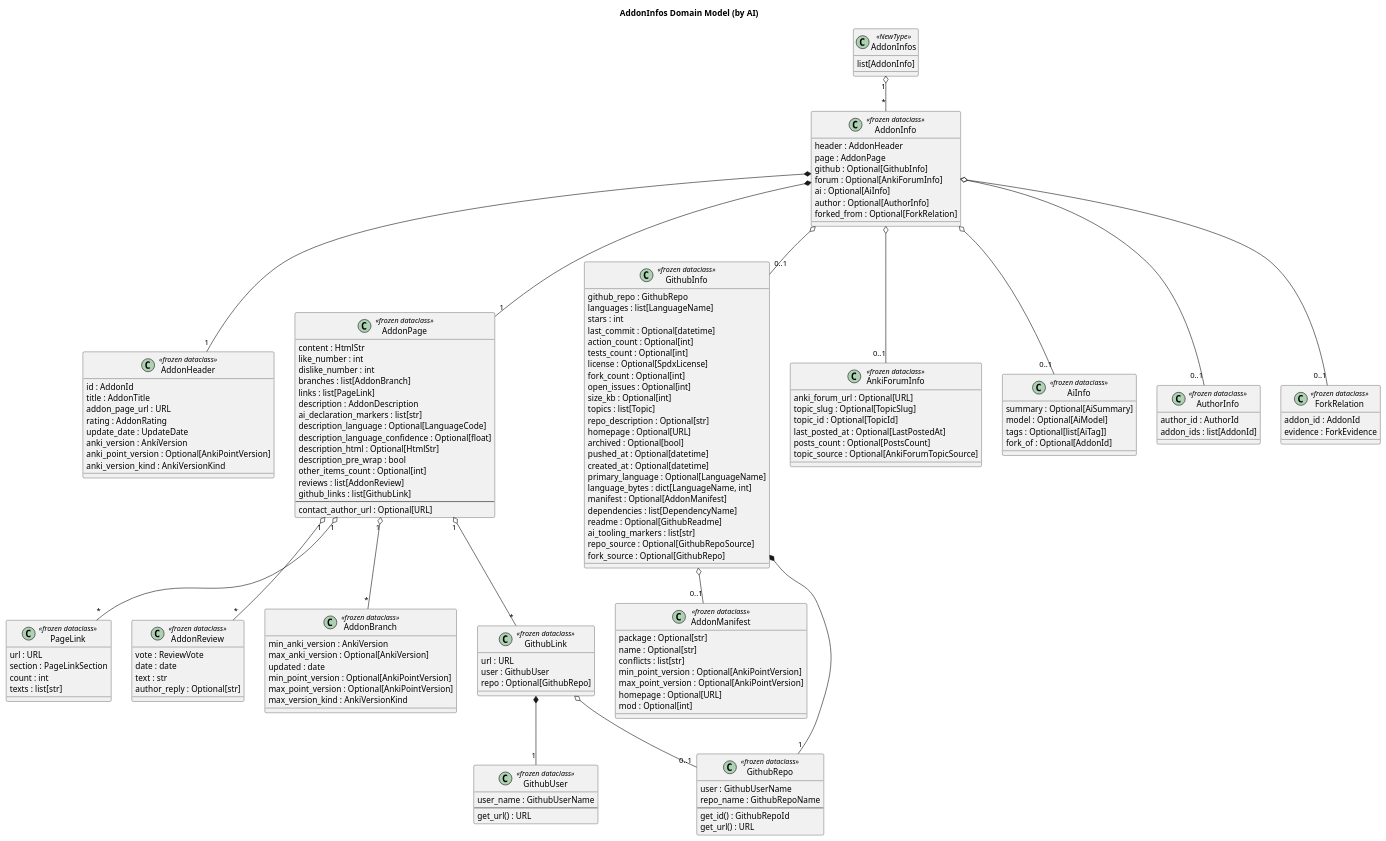
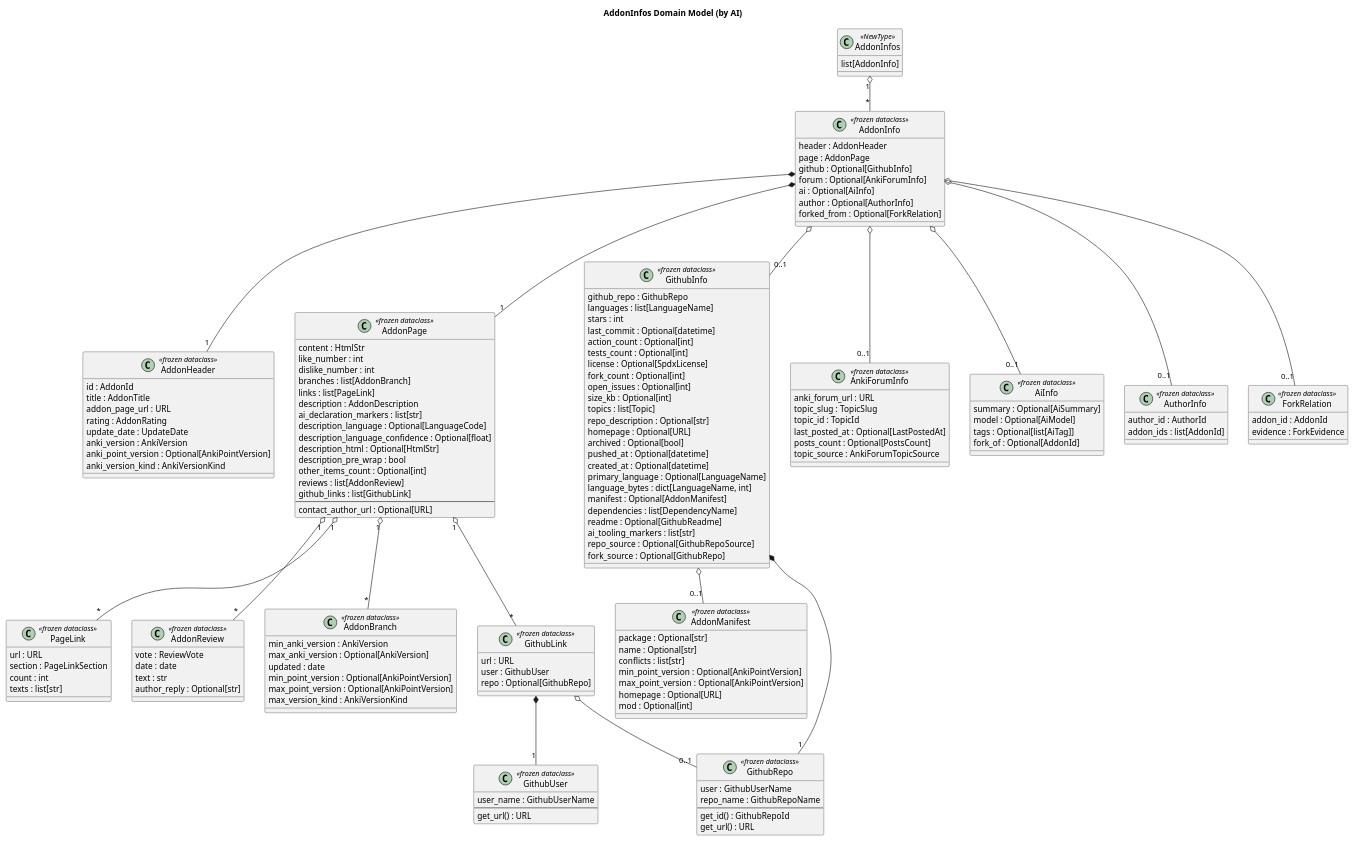
Before and after one commit to Aleks-Ya/anki-addons-dataset: the diagram in doc/uml/ai/class-addon-infos.puml, drawn with PlantUML. The commit also changed 21 other files, not shown here.

Commit message:
AnkiForumInfo is nullable

```diff
--- a/doc/uml/ai/class-addon-infos.puml
+++ b/doc/uml/ai/class-addon-infos.puml
@@ -1,178 +1,178 @@
 @startuml
 
 title AddonInfos Domain Model (by AI)
 
 skinparam packageStyle rectangle
 
 class AddonInfos <<NewType>> {
   list[AddonInfo]
 }
 
 class AddonInfo <<frozen dataclass>> {
   header : AddonHeader
   page : AddonPage
   github : Optional[GithubInfo]
   forum : Optional[AnkiForumInfo]
   ai : Optional[AiInfo]
   author : Optional[AuthorInfo]
   forked_from : Optional[ForkRelation]
 }
 
 class AddonHeader <<frozen dataclass>> {
   id : AddonId
   title : AddonTitle
   addon_page_url : URL
   rating : AddonRating
   update_date : UpdateDate
   anki_version : AnkiVersion
   anki_point_version : Optional[AnkiPointVersion]
   anki_version_kind : AnkiVersionKind
 }
 
 class AddonPage <<frozen dataclass>> {
   content : HtmlStr
   like_number : int
   dislike_number : int
   branches : list[AddonBranch]
   links : list[PageLink]
   description : AddonDescription
   ai_declaration_markers : list[str]
   description_language : Optional[LanguageCode]
   description_language_confidence : Optional[float]
   description_html : Optional[HtmlStr]
   description_pre_wrap : bool
   other_items_count : Optional[int]
   reviews : list[AddonReview]
   github_links : list[GithubLink]
   --
   contact_author_url : Optional[URL]
 }
 
 class PageLink <<frozen dataclass>> {
   url : URL
   section : PageLinkSection
   count : int
   texts : list[str]
 }
 
 class AddonReview <<frozen dataclass>> {
   vote : ReviewVote
   date : date
   text : str
   author_reply : Optional[str]
 }
 
 class AddonBranch <<frozen dataclass>> {
   min_anki_version : AnkiVersion
   max_anki_version : Optional[AnkiVersion]
   updated : date
   min_point_version : Optional[AnkiPointVersion]
   max_point_version : Optional[AnkiPointVersion]
   max_version_kind : AnkiVersionKind
 }
 
 class GithubInfo <<frozen dataclass>> {
   github_repo : GithubRepo
   languages : list[LanguageName]
   stars : int
   last_commit : Optional[datetime]
   action_count : Optional[int]
   tests_count : Optional[int]
   license : Optional[SpdxLicense]
   fork_count : Optional[int]
   open_issues : Optional[int]
   size_kb : Optional[int]
   topics : list[Topic]
   repo_description : Optional[str]
   homepage : Optional[URL]
   archived : Optional[bool]
   pushed_at : Optional[datetime]
   created_at : Optional[datetime]
   primary_language : Optional[LanguageName]
   language_bytes : dict[LanguageName, int]
   manifest : Optional[AddonManifest]
   dependencies : list[DependencyName]
   readme : Optional[GithubReadme]
   ai_tooling_markers : list[str]
   repo_source : Optional[GithubRepoSource]
   fork_source : Optional[GithubRepo]
 }
 
 class AddonManifest <<frozen dataclass>> {
   package : Optional[str]
   name : Optional[str]
   conflicts : list[str]
   min_point_version : Optional[AnkiPointVersion]
   max_point_version : Optional[AnkiPointVersion]
   homepage : Optional[URL]
   mod : Optional[int]
 }
 
 class GithubLink <<frozen dataclass>> {
   url : URL
   user : GithubUser
   repo : Optional[GithubRepo]
 }
 
 class GithubUser <<frozen dataclass>> {
   user_name : GithubUserName
   --
   get_url() : URL
 }
 
 class GithubRepo <<frozen dataclass>> {
   user : GithubUserName
   repo_name : GithubRepoName
   --
   get_id() : GithubRepoId
   get_url() : URL
 }
 
 class AnkiForumInfo <<frozen dataclass>> {
-  anki_forum_url : Optional[URL]
-  topic_slug : Optional[TopicSlug]
-  topic_id : Optional[TopicId]
+  anki_forum_url : URL
+  topic_slug : TopicSlug
+  topic_id : TopicId
   last_posted_at : Optional[LastPostedAt]
   posts_count : Optional[PostsCount]
-  topic_source : Optional[AnkiForumTopicSource]
+  topic_source : AnkiForumTopicSource
 }
 
 class AiInfo <<frozen dataclass>> {
   summary : Optional[AiSummary]
   model : Optional[AiModel]
   tags : Optional[list[AiTag]]
   fork_of : Optional[AddonId]
 }
 
 class AuthorInfo <<frozen dataclass>> {
   author_id : AuthorId
   addon_ids : list[AddonId]
 }
 
 class ForkRelation <<frozen dataclass>> {
   addon_id : AddonId
   evidence : ForkEvidence
 }
 
 AddonInfos "1" o-- "*" AddonInfo
 
 AddonInfo *-- "1" AddonHeader
 AddonInfo *-- "1" AddonPage
 AddonInfo o-- "0..1" GithubInfo
 AddonInfo o-- "0..1" AnkiForumInfo
 AddonInfo o-- "0..1" AiInfo
 AddonInfo o-- "0..1" AuthorInfo
 AddonInfo o-- "0..1" ForkRelation
 
 AddonPage "1" o-- "*" AddonBranch
 AddonPage "1" o-- "*" PageLink
 AddonPage "1" o-- "*" AddonReview
 AddonPage "1" o-- "*" GithubLink
 
 GithubInfo *-- "1" GithubRepo
 GithubInfo o-- "0..1" AddonManifest
 
 GithubLink *-- "1" GithubUser
 GithubLink o-- "0..1" GithubRepo
 
 @enduml
```
